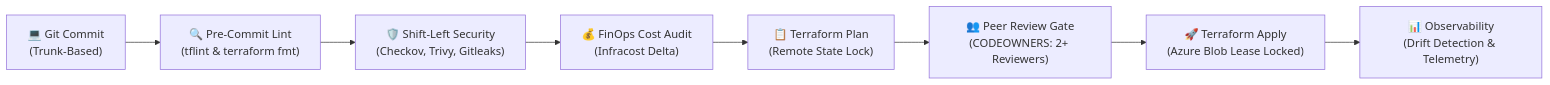
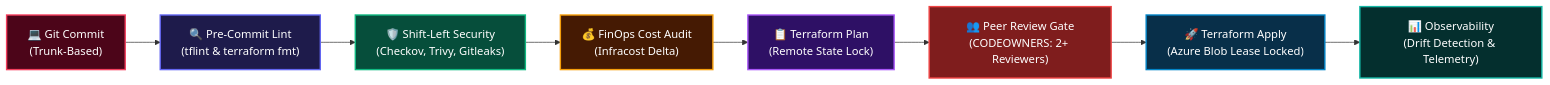
Before and after one commit to Sarvesh0401/Sarvesh0401: the fourth of 7 diagrams in README.md, drawn with Mermaid. The commit also changed other lines of this file and 3 other files, not shown here.

First line of the commit message:
feat(profile): align designation to Senior DevSecOps & Cloud Professional with rich visual diagrams

````diff
--- a/README.md
+++ b/README.md
@@ -164,10 +208,28 @@
 ```mermaid
 flowchart LR
     A["💻 Git Commit<br/>(Trunk-Based)"] --> B["🔍 Pre-Commit Lint<br/>(tflint & terraform fmt)"]
     B --> C["🛡️ Shift-Left Security<br/>(Checkov, Trivy, Gitleaks)"]
     C --> D["💰 FinOps Cost Audit<br/>(Infracost Delta)"]
     D --> E["📋 Terraform Plan<br/>(Remote State Lock)"]
     E --> F["👥 Peer Review Gate<br/>(CODEOWNERS: 2+ Reviewers)"]
     F --> G["🚀 Terraform Apply<br/>(Azure Blob Lease Locked)"]
     G --> H["📊 Observability<br/>(Drift Detection & Telemetry)"]
+
+    classDef cGit fill:#4c0519,stroke:#f43f5e,stroke-width:2px,color:#ffffff;
+    classDef cLint fill:#1e1b4b,stroke:#6366f1,stroke-width:2px,color:#ffffff;
+    classDef cSec fill:#064e3b,stroke:#10b981,stroke-width:2px,color:#ffffff;
+    classDef cCost fill:#451a03,stroke:#f59e0b,stroke-width:2px,color:#ffffff;
+    classDef cPlan fill:#2e1065,stroke:#a855f7,stroke-width:2px,color:#ffffff;
+    classDef cGate fill:#7f1d1d,stroke:#ef4444,stroke-width:2px,color:#ffffff;
+    classDef cApply fill:#082f49,stroke:#0284c7,stroke-width:2px,color:#ffffff;
+    classDef cObs fill:#042f2e,stroke:#14b8a6,stroke-width:2px,color:#ffffff;
+
+    class A cGit;
+    class B cLint;
+    class C cSec;
+    class D cCost;
+    class E cPlan;
+    class F cGate;
+    class G cApply;
+    class H cObs;
 ```
````
